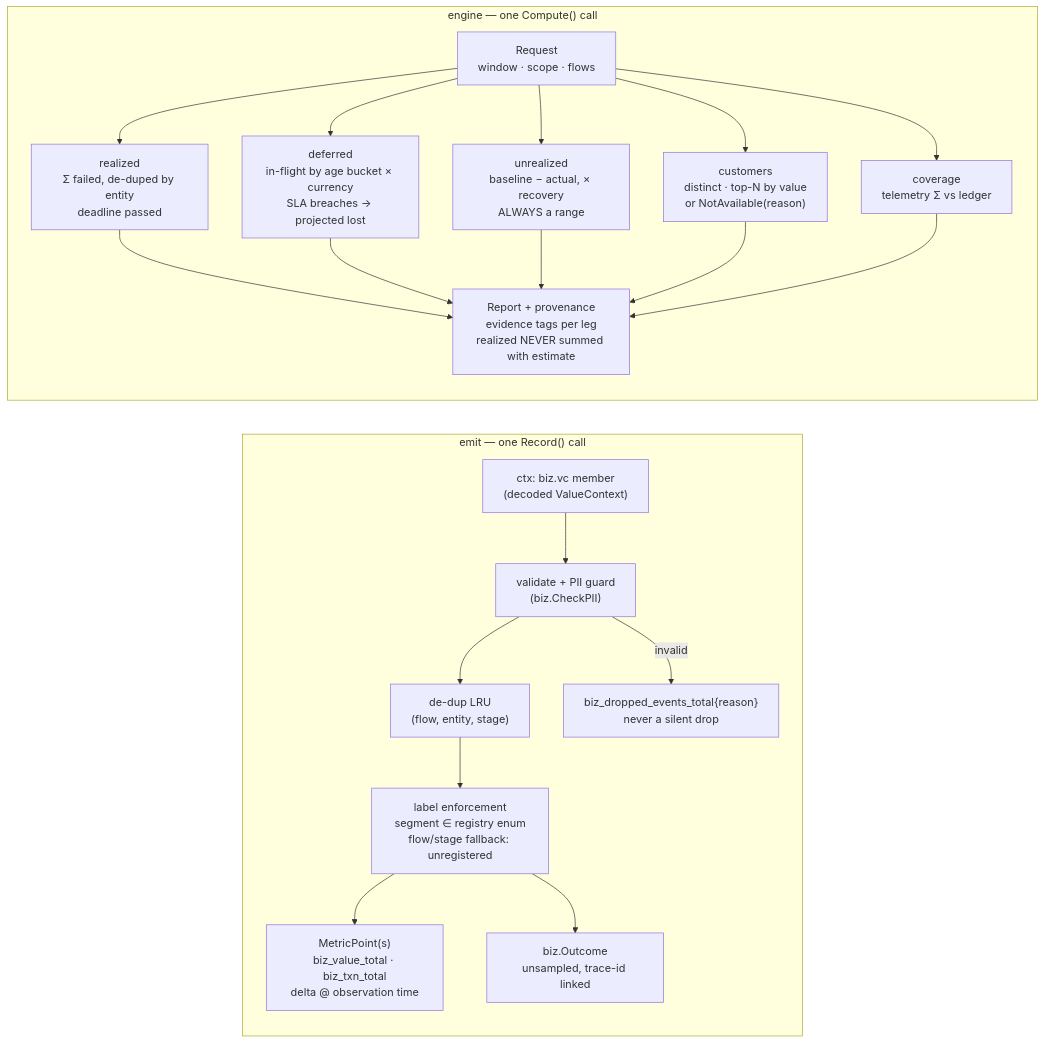
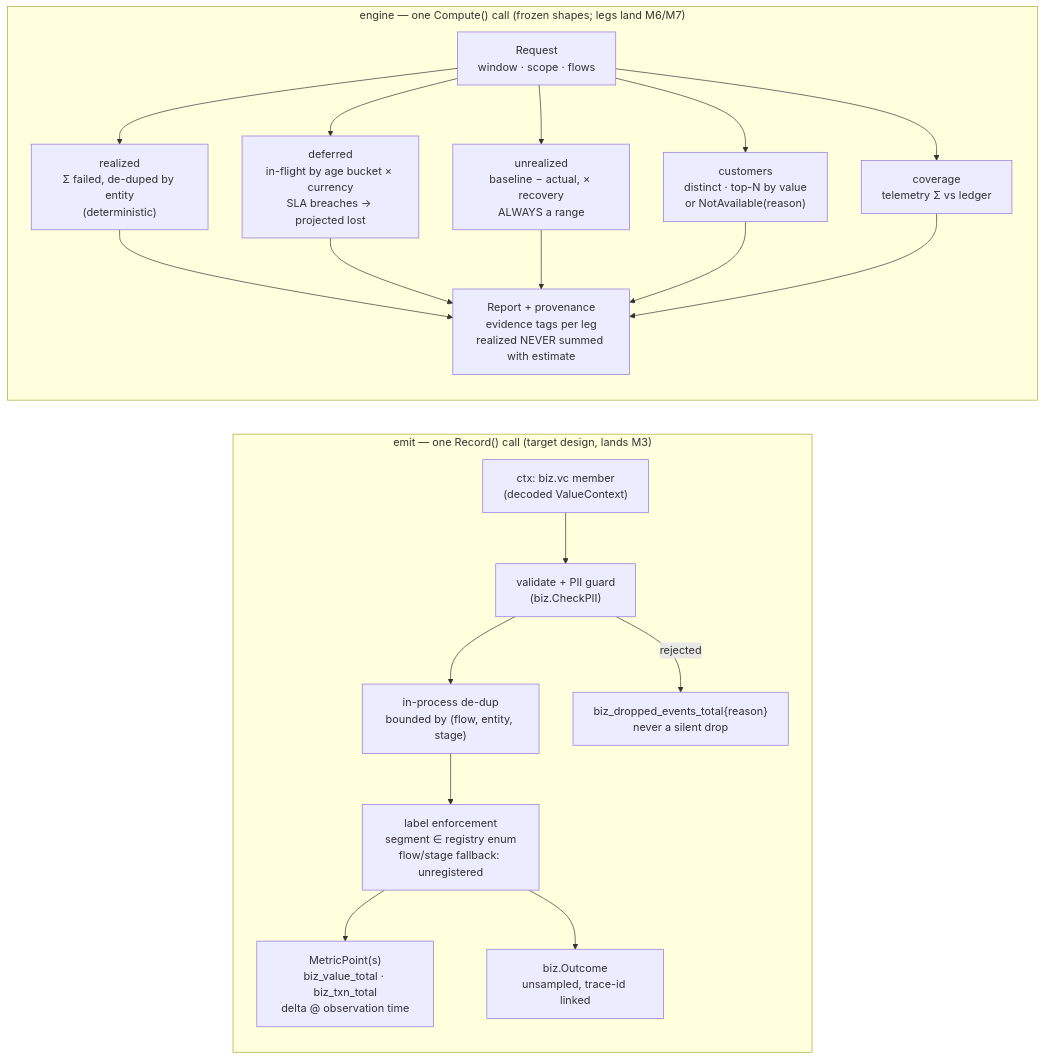
Before and after one commit to NightWatchEng/shortfall: the diagram in docs/architecture/c4-l3-components.md, drawn with Mermaid. The commit also changed other lines of this file and 6 other files, not shown here.

Commit message:
fix: close all 10 diagram-accuracy findings (workspace-tmw.11)

````diff
--- a/docs/architecture/c4-l3-components.md
+++ b/docs/architecture/c4-l3-components.md
@@ -6,27 +8,27 @@
 ```mermaid
 flowchart LR
-    subgraph capture["emit — one Record() call"]
-        CTX["ctx: biz.vc member\n(decoded ValueContext)"]
-        VAL["validate + PII guard\n(biz.CheckPII)"]
-        DEDUP["de-dup LRU\n(flow, entity, stage)"]
-        LABELS["label enforcement\nsegment ∈ registry enum\nflow/stage fallback: unregistered"]
-        MP["MetricPoint(s)\nbiz_value_total · biz_txn_total\ndelta @ observation time"]
-        OUT["biz.Outcome\nunsampled, trace-id linked"]
-        DROP["biz_dropped_events_total{reason}\nnever a silent drop"]
+    subgraph capture["emit — one Record() call (target design, lands M3)"]
+        CTX["ctx: biz.vc member<br/>(decoded ValueContext)"]
+        VAL["validate + PII guard<br/>(biz.CheckPII)"]
+        DEDUP["in-process de-dup<br/>bounded by (flow, entity, stage)"]
+        LABELS["label enforcement<br/>segment ∈ registry enum<br/>flow/stage fallback: unregistered"]
+        MP["MetricPoint(s)<br/>biz_value_total · biz_txn_total<br/>delta @ observation time"]
+        OUT["biz.Outcome<br/>unsampled, trace-id linked"]
+        DROP["biz_dropped_events_total{reason}<br/>never a silent drop"]
     end
     CTX --> VAL --> DEDUP --> LABELS
     LABELS --> MP
     LABELS --> OUT
-    VAL -->|invalid| DROP
+    VAL -->|rejected| DROP
 
-    subgraph engine["engine — one Compute() call"]
-        REQ["Request\nwindow · scope · flows"]
-        REAL["realized\nΣ failed, de-duped by entity\ndeadline passed"]
-        DEF["deferred\nin-flight by age bucket × currency\nSLA breaches → projected lost"]
-        UNREAL["unrealized\nbaseline − actual, × recovery\nALWAYS a range"]
-        CUST["customers\ndistinct · top-N by value\nor NotAvailable(reason)"]
-        COV["coverage\ntelemetry Σ vs ledger"]
-        REP["Report + provenance\nevidence tags per leg\nrealized NEVER summed with estimate"]
+    subgraph engine["engine — one Compute() call (frozen shapes; legs land M6/M7)"]
+        REQ["Request<br/>window · scope · flows"]
+        REAL["realized<br/>Σ failed, de-duped by entity<br/>(deterministic)"]
+        DEF["deferred<br/>in-flight by age bucket × currency<br/>SLA breaches → projected lost"]
+        UNREAL["unrealized<br/>baseline − actual, × recovery<br/>ALWAYS a range"]
+        CUST["customers<br/>distinct · top-N by value<br/>or NotAvailable(reason)"]
+        COV["coverage<br/>telemetry Σ vs ledger"]
+        REP["Report + provenance<br/>evidence tags per leg<br/>realized NEVER summed with estimate"]
     end
     REQ --> REAL & DEF & UNREAL & CUST & COV --> REP
 ```
````
